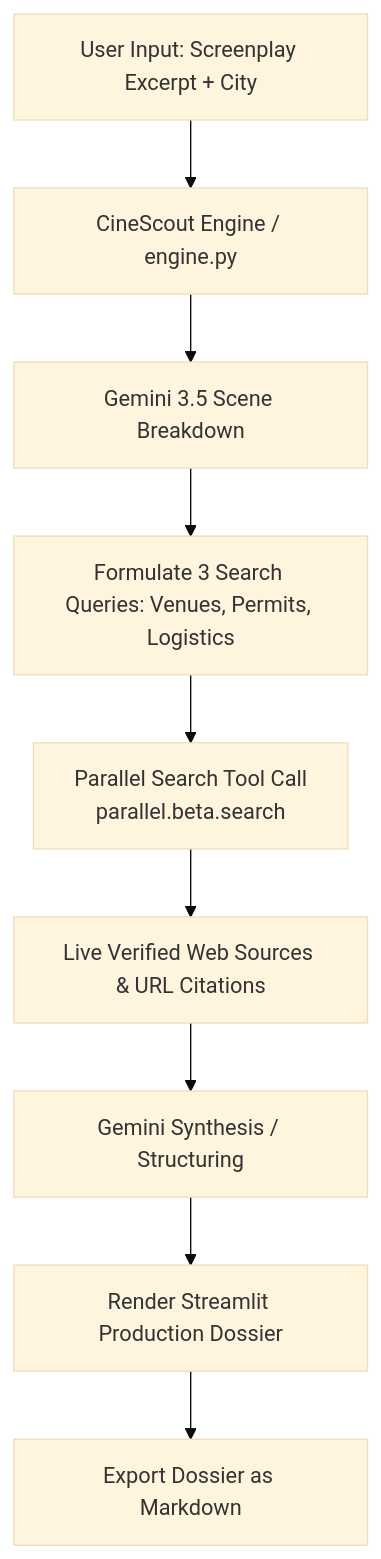
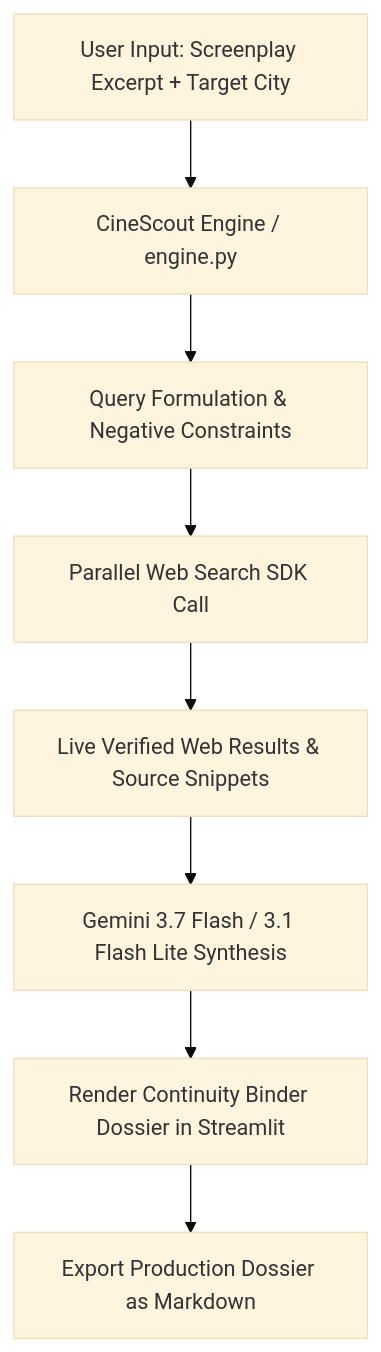
The diagram in README.md (keithh-kim/Agentic-Cinema-AI-Hackathon), drawn with Mermaid (base theme) before and after one commit. The commit also changed other lines of this file, not shown here.

````diff
--- a/README.md
+++ b/README.md
@@ -27,11 +27,10 @@
 ```mermaid
 flowchart TD
-    A[User Input: Screenplay Excerpt + City] --> B[CineScout Engine / engine.py]
-    B --> C[Gemini 3.5 Scene Breakdown]
-    C --> D[Formulate 3 Search Queries: Venues, Permits, Logistics]
-    D --> E[Parallel Search Tool Call\nparallel.beta.search]
-    E --> F[Live Verified Web Sources & URL Citations]
-    F --> G[Gemini Synthesis / Structuring]
-    G --> H[Render Streamlit Production Dossier]
-    H --> I[Export Dossier as Markdown]
+    A[User Input: Screenplay Excerpt + Target City] --> B[CineScout Engine / engine.py]
+    B --> C[Query Formulation & Negative Constraints]
+    C --> D[Parallel Web Search SDK Call]
+    D --> E[Live Verified Web Results & Source Snippets]
+    E --> F[Gemini 3.7 Flash / 3.1 Flash Lite Synthesis]
+    F --> G[Render Continuity Binder Dossier in Streamlit]
+    G --> H[Export Production Dossier as Markdown]
 ```
````
